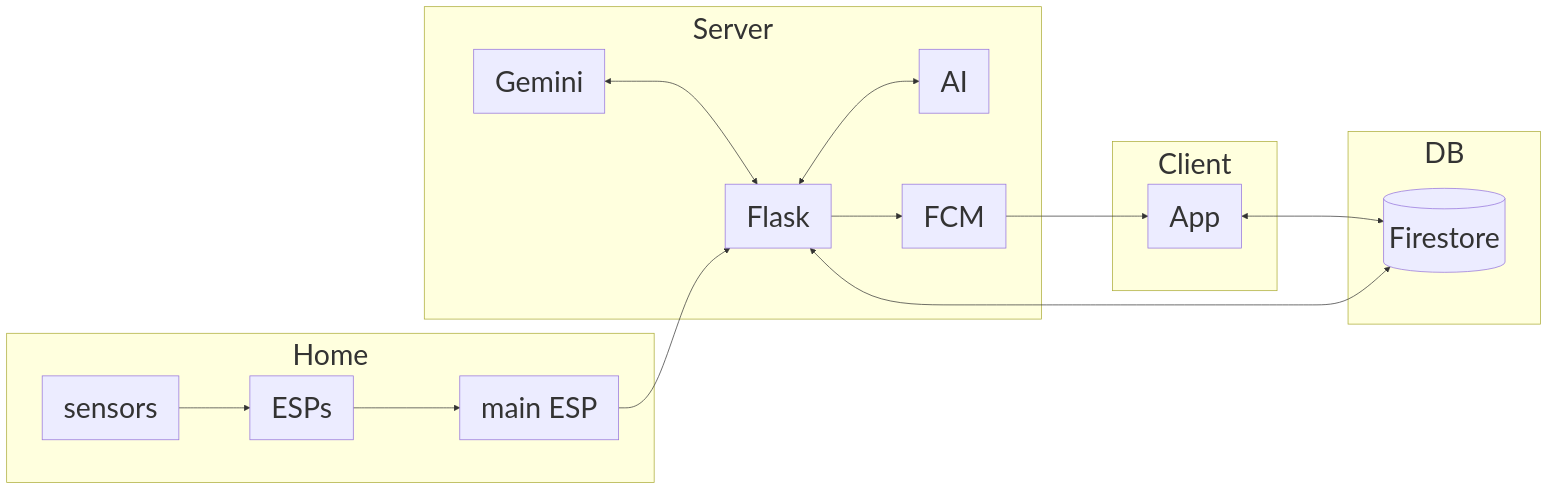
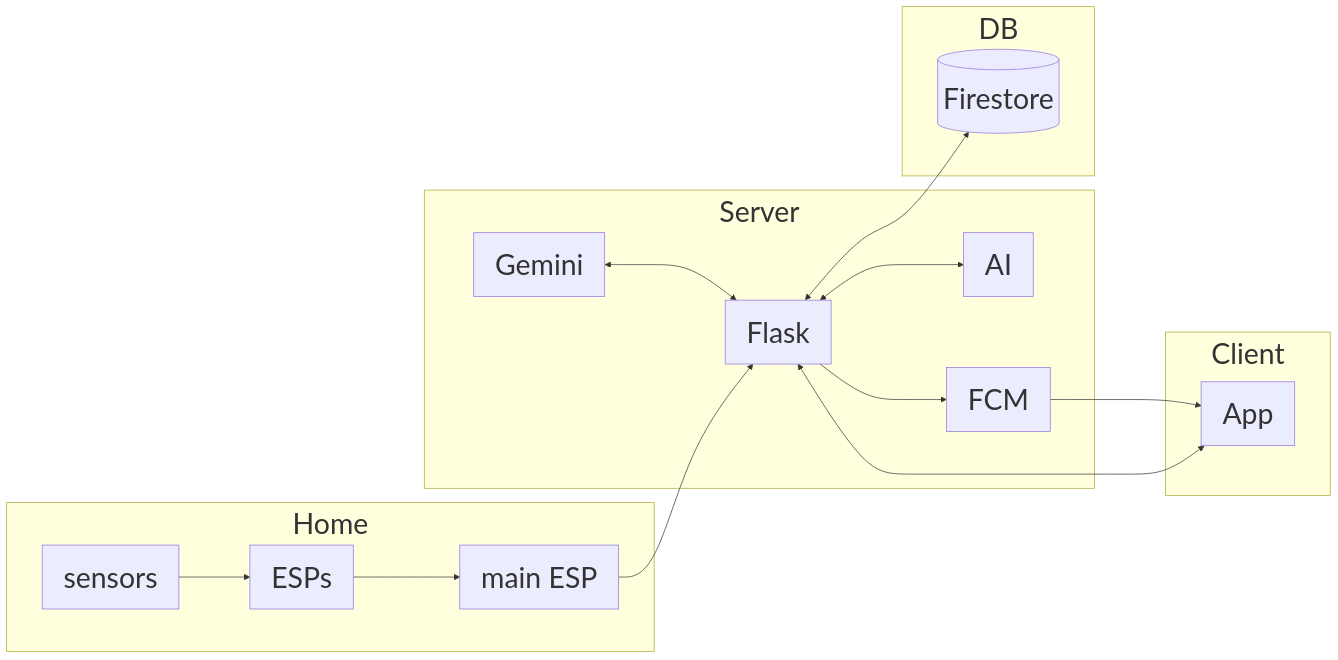
One commit to nadavwitman/Safe-House changed the diagram in README.md. Above: the diagram before and after it, drawn with Mermaid. The commit also changed 13 other files, not shown here.

````diff
--- a/README.md
+++ b/README.md
@@ -9,34 +9,34 @@
 ```mermaid
 %%{init: {"themeVariables": {"fontSize": "40px"}, "flowchart": {"nodeSpacing": 100, "rankSpacing": 100}}}%%
 flowchart LR
     subgraph home ["Home"]
         SENS["sensors"]
         ESP["ESPs"]
         MESP["main ESP"]
         SENS --> ESP --> MESP
     end
 
     subgraph server ["Server"]
         API["Flask"]
         AI["AI"]
         GEM["Gemini"]
         FCM["FCM"]
         API <--> AI
         GEM <--> API
         API --> FCM
     end
 
     subgraph db ["DB"]
         DB[("Firestore")]
     end
 
     subgraph phone ["Client"]
         APP["App"]
     end
 
     MESP --> API
-    APP <--> DB
+    APP <--> API
     FCM --> APP
     API <--> DB
     
 ```
````
